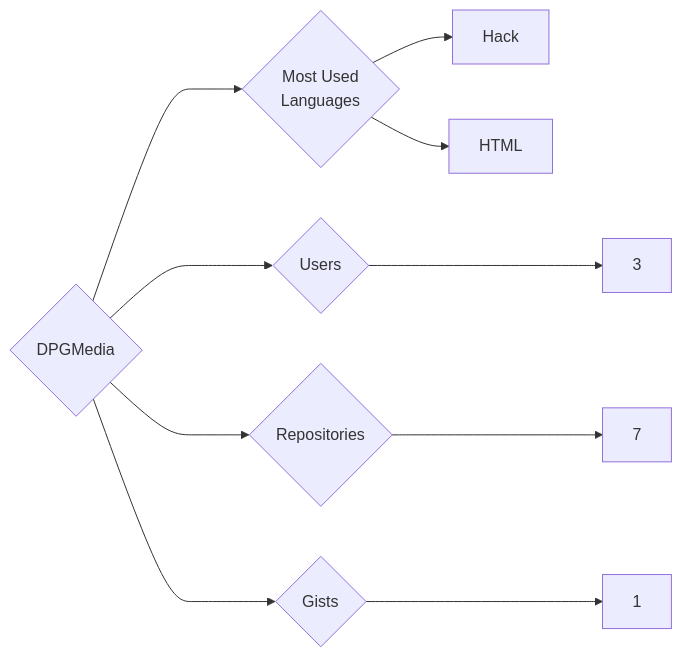
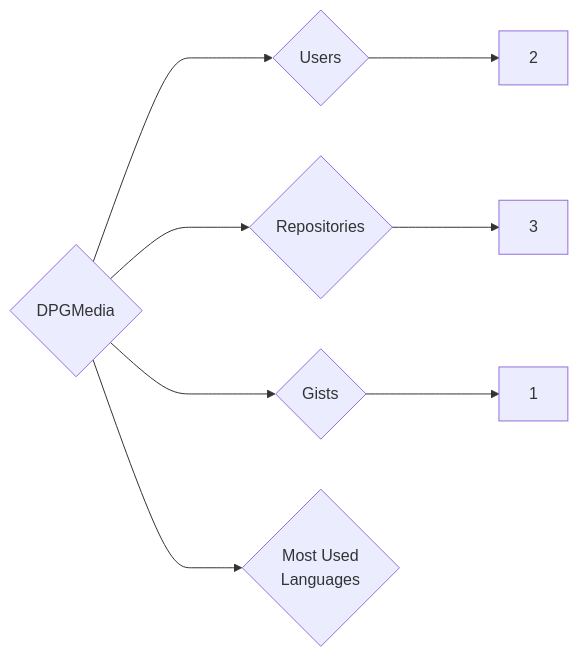
One commit to trickest/insiders changed the diagram in targets/DPGMedia/README.md. Above: the diagram before and after it, drawn with Mermaid. The commit also changed 1170 other files, not shown here.

````diff
--- a/targets/DPGMedia/README.md
+++ b/targets/DPGMedia/README.md
@@ -3,10 +3,8 @@
 ```mermaid
 graph LR
 COMPANY_NAME{DPGMedia}
-COMPANY_NAME ---> U{Users} ---> UN[3]
-COMPANY_NAME ---> R{Repositories} ---> RN[7]
+COMPANY_NAME ---> U{Users} ---> UN[2]
+COMPANY_NAME ---> R{Repositories} ---> RN[3]
 COMPANY_NAME ---> G{Gists} ---> GN[1]
 COMPANY_NAME ---> ML{Most Used<br>Languages}
-ML --> Hack[Hack]
-ML --> HTML[HTML]
 ```
````
